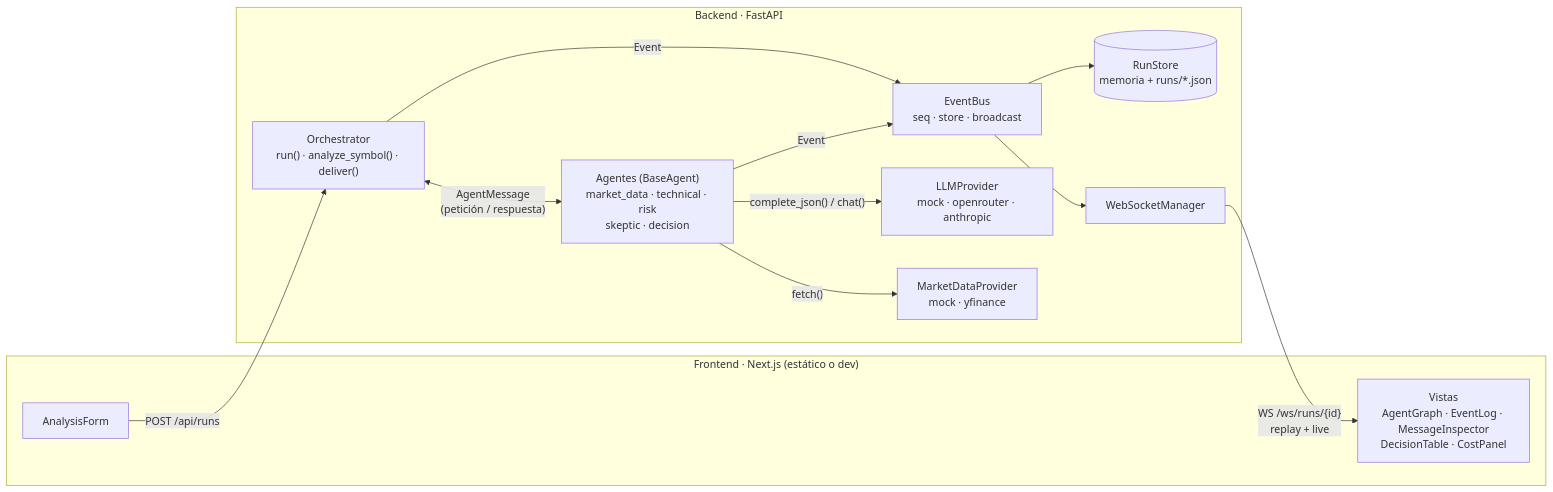
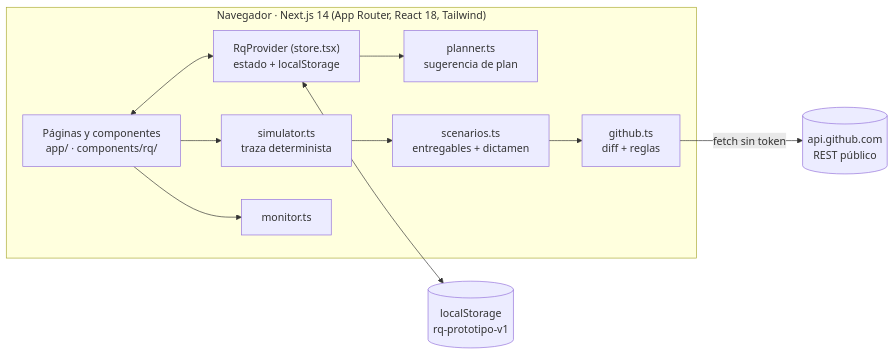
One commit to centralcordoba/agentorchestrator changed the second of 2 diagrams in README.md. Above: the diagram before and after it, drawn with Mermaid. The commit also changed other lines of this file and 1 other file, not shown here.

````diff
--- a/README.md
+++ b/README.md
@@ -107,27 +235,22 @@
 ```mermaid
 flowchart LR
-    subgraph UI["Frontend · Next.js (estático o dev)"]
-        F[AnalysisForm]
-        G["Vistas<br/>AgentGraph · EventLog · MessageInspector<br/>DecisionTable · CostPanel"]
+    subgraph NAV["Navegador · Next.js 14 (App Router, React 18, Tailwind)"]
+        UI["Páginas y componentes<br/>app/ · components/rq/"]
+        ST["RqProvider (store.tsx)<br/>estado + localStorage"]
+        PL["planner.ts<br/>sugerencia de plan"]
+        SIM["simulator.ts<br/>traza determinista"]
+        SC["scenarios.ts<br/>entregables + dictamen"]
+        GH["github.ts<br/>diff + reglas"]
+        MON["monitor.ts"]
     end
+    API[("api.github.com<br/>REST público")]
+    LS[("localStorage<br/>rq-prototipo-v1")]
 
-    subgraph API["Backend · FastAPI"]
-        O["Orchestrator<br/>run() · analyze_symbol() · deliver()"]
-        AG["Agentes (BaseAgent)<br/>market_data · technical · risk<br/>skeptic · decision"]
-        B["EventBus<br/>seq · store · broadcast"]
-        RS[("RunStore<br/>memoria + runs/*.json")]
-        WS[WebSocketManager]
-        LLM["LLMProvider<br/>mock · openrouter · anthropic"]
-        MKT["MarketDataProvider<br/>mock · yfinance"]
-    end
-
-    F -- "POST /api/runs" --> O
-    O <-- "AgentMessage<br/>(petición / respuesta)" --> AG
-    O -- "Event" --> B
-    AG -- "Event" --> B
-    B --> RS
-    B --> WS
-    WS -- "WS /ws/runs/{id}<br/>replay + live" --> G
-    AG -- "complete_json() / chat()" --> LLM
-    AG -- "fetch()" --> MKT
+    UI <--> ST
+    ST --> PL
+    UI --> SIM --> SC
+    SC --> GH
+    UI --> MON
+    GH -- "fetch sin token" --> API
+    ST <--> LS
 ```
````
